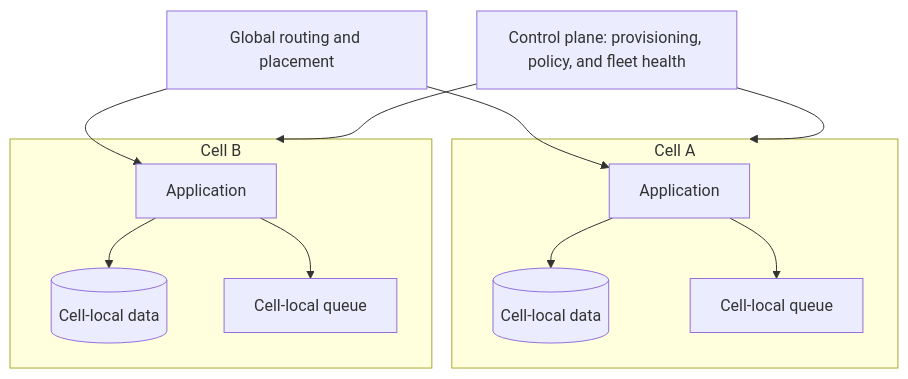
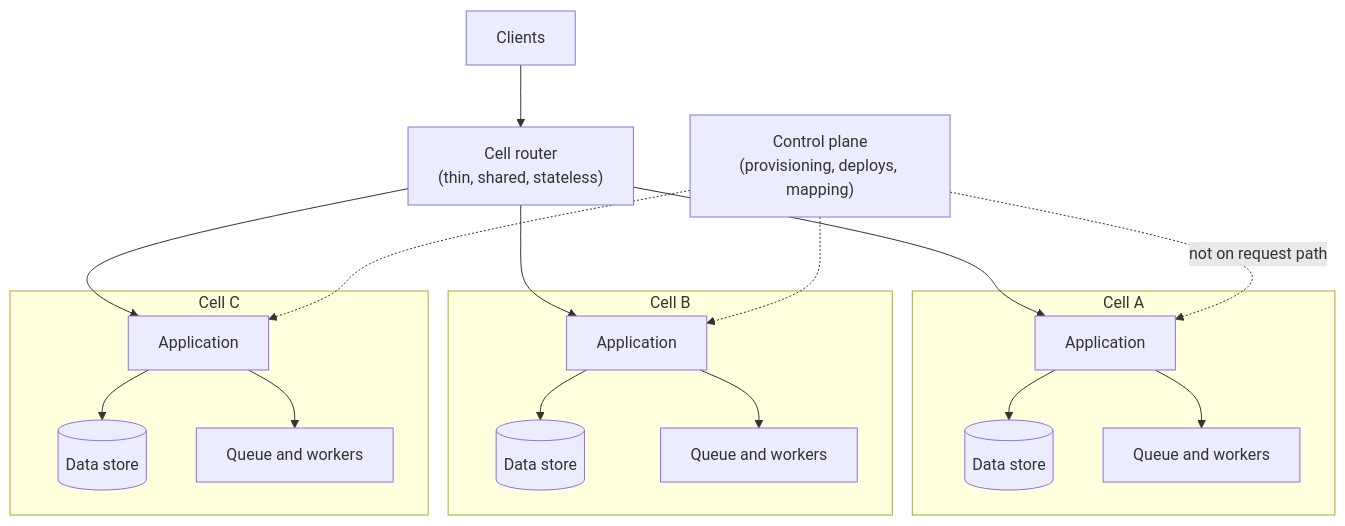
The first of 12 diagrams in 20_Architecture_Patterns/CH18_Cell_Based_Architecture.md (joydasss/Architect), drawn with Mermaid before and after one commit. The commit also changed other lines of this file and 295 other files, not shown here.

````diff
--- a/20_Architecture_Patterns/CH18_Cell_Based_Architecture.md
+++ b/20_Architecture_Patterns/CH18_Cell_Based_Architecture.md
@@ -11,23 +38,22 @@
 ```mermaid
 flowchart TB
-    Control[Control plane: provisioning, policy, and fleet health]
-    Router[Global routing and placement]
-    subgraph CellA[Cell A]
-        AppA[Application]
-        DataA[(Cell-local data)]
-        QueueA[Cell-local queue]
-        AppA --> DataA
-        AppA --> QueueA
+    Client["Clients"] --> Router["Cell router<br/>(thin, shared, stateless)"]
+    Router --> A1
+    Router --> B1
+    Router --> C1
+    Control["Control plane<br/>(provisioning, deploys, mapping)"] -. "not on request path" .-> A1
+    Control -.-> B1
+    Control -.-> C1
+    subgraph CellA["Cell A"]
+        A1["Application"] --> A2[("Data store")]
+        A1 --> A3["Queue and workers"]
     end
-    subgraph CellB[Cell B]
-        AppB[Application]
-        DataB[(Cell-local data)]
-        QueueB[Cell-local queue]
-        AppB --> DataB
-        AppB --> QueueB
+    subgraph CellB["Cell B"]
+        B1["Application"] --> B2[("Data store")]
+        B1 --> B3["Queue and workers"]
     end
-    Router --> AppA
-    Router --> AppB
-    Control --> CellA
-    Control --> CellB
+    subgraph CellC["Cell C"]
+        C1["Application"] --> C2[("Data store")]
+        C1 --> C3["Queue and workers"]
+    end
 ```
````
